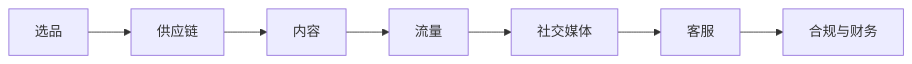
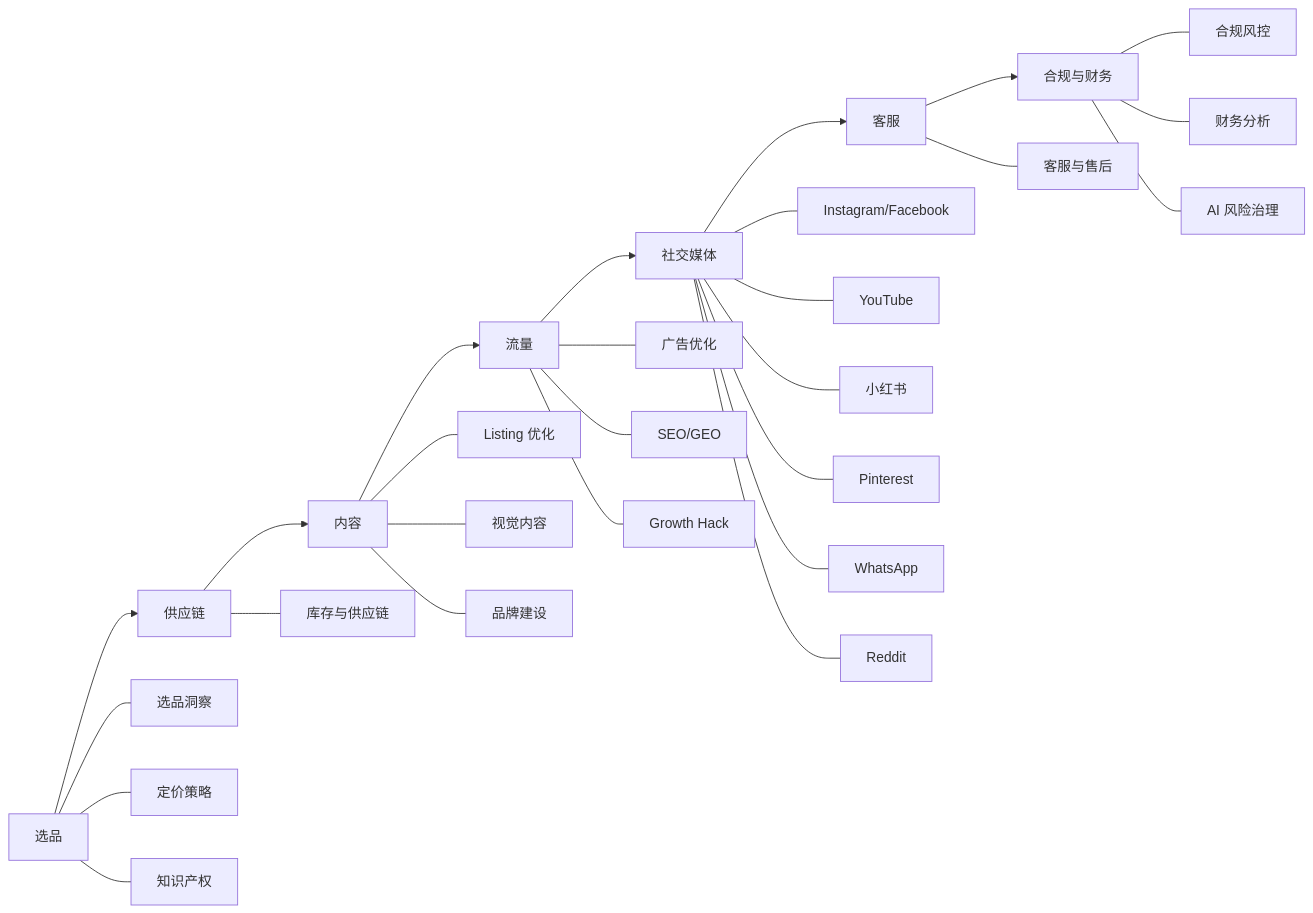
The first of 4 diagrams in README.md (kangise/ecommerce-ai-roadmap), drawn with Mermaid before and after one commit. The commit also changed other lines of this file, not shown here.

Commit message:
enhance: add second-level detail to all mermaid diagrams
- Operations: each domain node links to its topics (e.g. select -> research/pricing/IP)
- Multi-platform: Shopify shows GEO/Agentic/Klaviyo, TikTok shows Hook/creator/livestream
- Tech: core modules show tech stack (SP-API, Prophet, LlamaIndex, LangGraph, MCP)
- Management: modules show deliverables (maturity questionnaire, training plan, ROI framework)

````diff
--- a/README.md
+++ b/README.md
@@ -82,9 +82,36 @@
 ```mermaid
 flowchart LR
     A[选品] --> B[供应链]
     B --> C[内容]
     C --> D[流量]
     D --> E[社交媒体]
     E --> F[客服]
     F --> G[合规与财务]
+
+    A --- A1[选品洞察]
+    A --- A8[定价策略]
+    A --- A12[知识产权]
+
+    B --- B5[库存与供应链]
+
+    C --- C2[Listing 优化]
+    C --- C7[视觉内容]
+    C --- C10[品牌建设]
+
+    D --- D3[广告优化]
+    D --- D9[SEO/GEO]
+    D --- D13[Growth Hack]
+
+    E --- E1[Instagram/Facebook]
+    E --- E2[YouTube]
+    E --- E3[小红书]
+    E --- E4[Pinterest]
+    E --- E5[WhatsApp]
+    E --- E6[Reddit]
+
+    F --- F4[客服与售后]
+
+    G --- G6[合规风控]
+    G --- G11[财务分析]
+    G --- G14[AI 风险治理]
 ```
````
